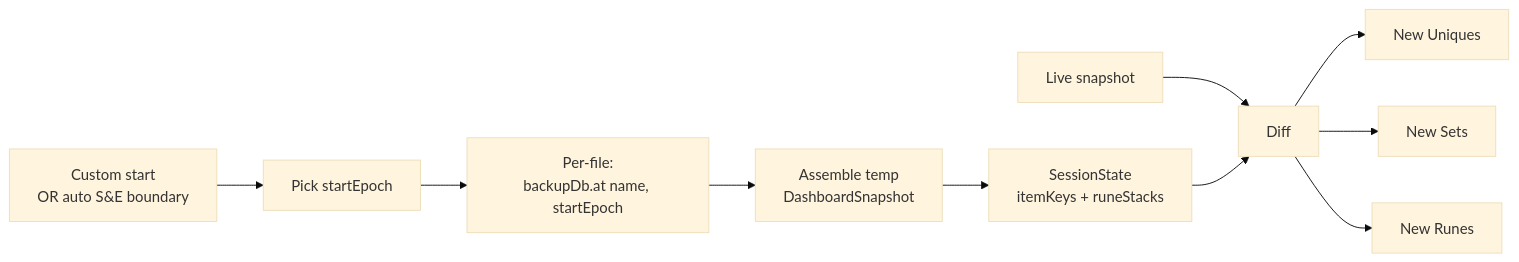
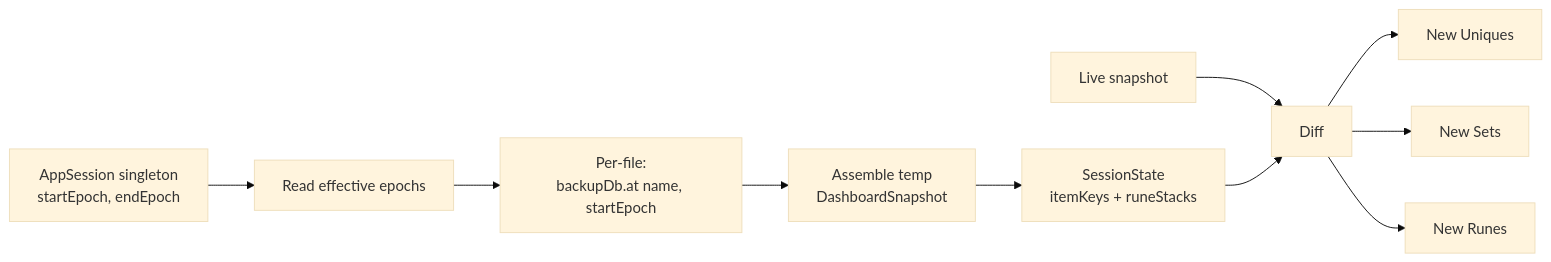
One commit to kaimeyerdev/d2rsave changed the first of 5 diagrams in docs/session-logic.md. Above: the diagram before and after it, drawn with Mermaid (base theme). The commit also changed other lines of this file, not shown here.

````diff
--- a/docs/session-logic.md
+++ b/docs/session-logic.md
@@ -69,12 +72,12 @@
 ```mermaid
 flowchart LR
-    A[Custom start<br/>OR auto S&E boundary] --> B[Pick startEpoch]
+    A[AppSession singleton<br/>startEpoch, endEpoch] --> B[Read effective epochs]
     B --> C[Per-file:<br/>backupDb.at name, startEpoch]
     C --> D[Assemble temp<br/>DashboardSnapshot]
     D --> E[SessionState<br/>itemKeys + runeStacks]
     F[Live snapshot] --> G[Diff]
     E --> G
     G --> H[New Uniques]
     G --> I[New Sets]
     G --> J[New Runes]
 ```
````
